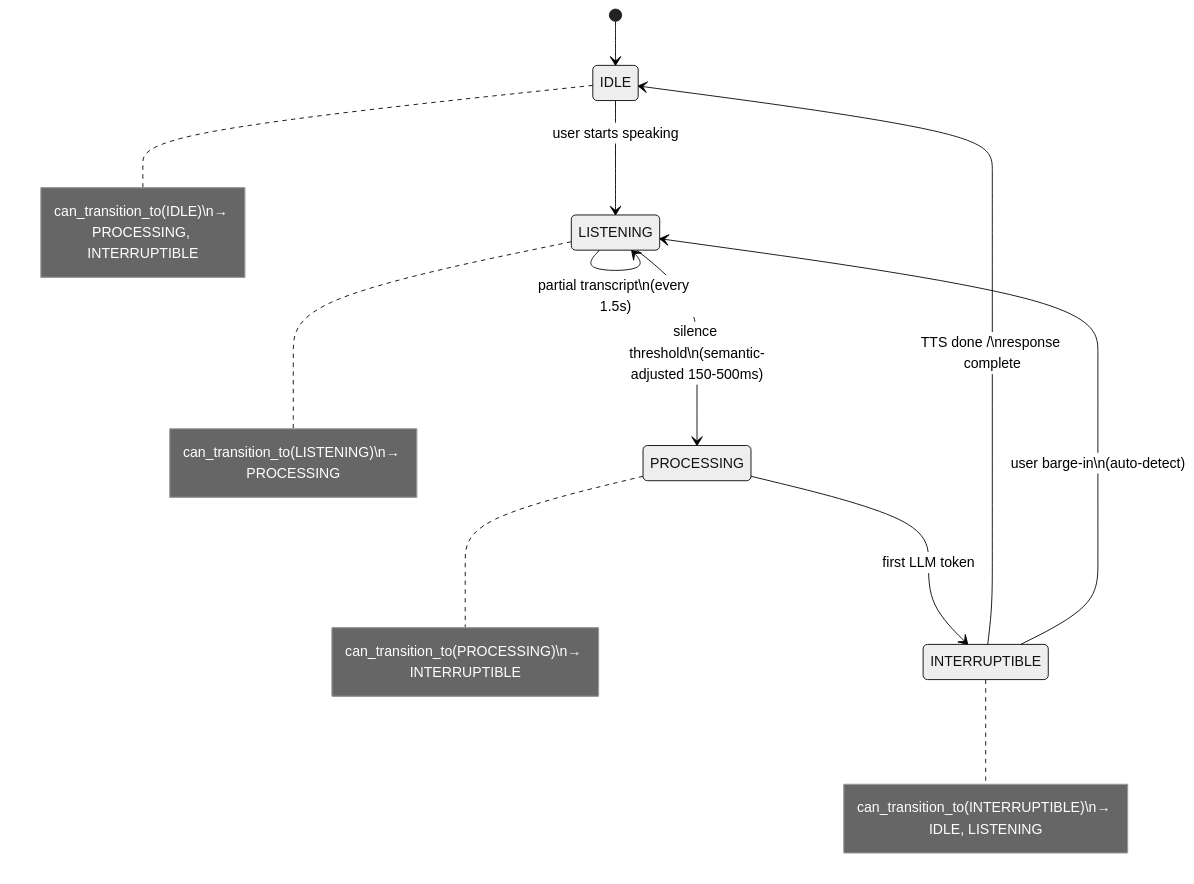
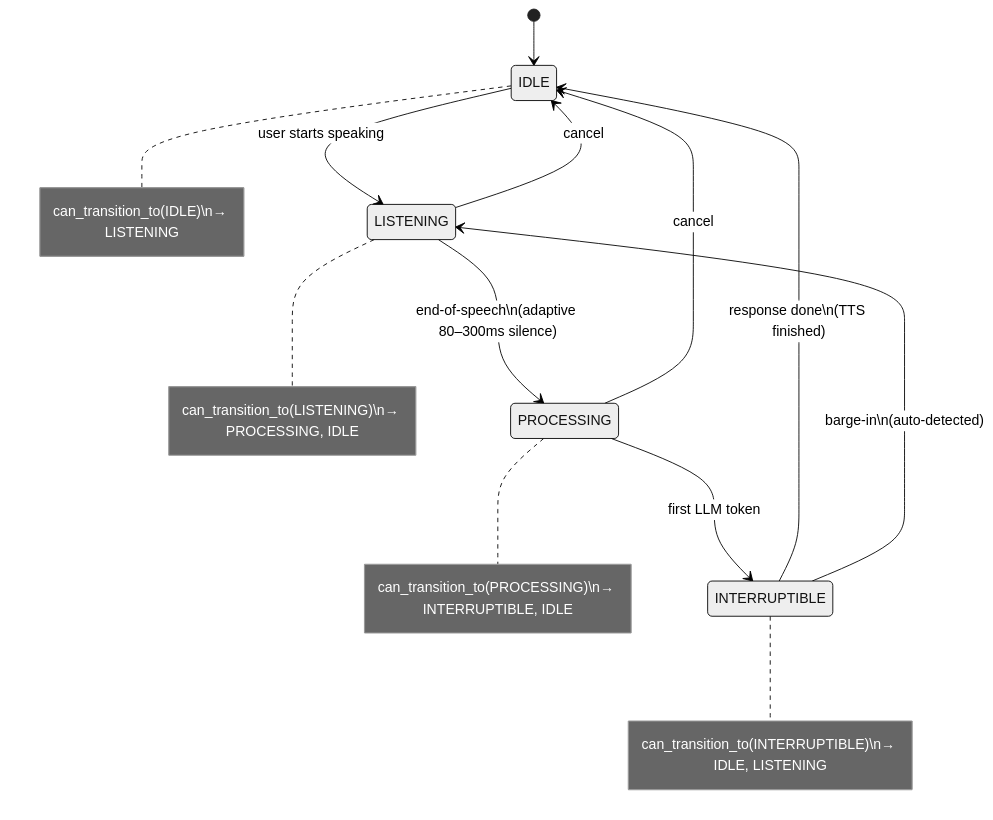
One commit to Shindevrp/Bolo changed the third of 4 diagrams in README.md. Above: the diagram before and after it, drawn with Mermaid (neutral theme). The commit also changed other lines of this file, not shown here.

````diff
--- a/README.md
+++ b/README.md
@@ -159,19 +391,20 @@
 ```mermaid
 stateDiagram-v2
     [*] --> IDLE
 
     IDLE --> LISTENING : user starts speaking
 
-    LISTENING --> PROCESSING : silence threshold\n(semantic-adjusted 150-500ms)
-    LISTENING --> LISTENING : partial transcript\n(every 1.5s)
+    LISTENING --> PROCESSING : end-of-speech\n(adaptive 80–300ms silence)
+    LISTENING --> IDLE : cancel
 
     PROCESSING --> INTERRUPTIBLE : first LLM token
+    PROCESSING --> IDLE : cancel
 
-    INTERRUPTIBLE --> IDLE : TTS done /\nresponse complete
-    INTERRUPTIBLE --> LISTENING : user barge-in\n(auto-detect)
+    INTERRUPTIBLE --> IDLE : response done\n(TTS finished)
+    INTERRUPTIBLE --> LISTENING : barge-in\n(auto-detected)
 
-    note right of IDLE : can_transition_to(IDLE)\n→ PROCESSING, INTERRUPTIBLE
-    note right of LISTENING : can_transition_to(LISTENING)\n→ PROCESSING
-    note right of PROCESSING : can_transition_to(PROCESSING)\n→ INTERRUPTIBLE
+    note right of IDLE : can_transition_to(IDLE)\n→ LISTENING
+    note right of LISTENING : can_transition_to(LISTENING)\n→ PROCESSING, IDLE
+    note right of PROCESSING : can_transition_to(PROCESSING)\n→ INTERRUPTIBLE, IDLE
     note right of INTERRUPTIBLE : can_transition_to(INTERRUPTIBLE)\n→ IDLE, LISTENING
 ```
````
